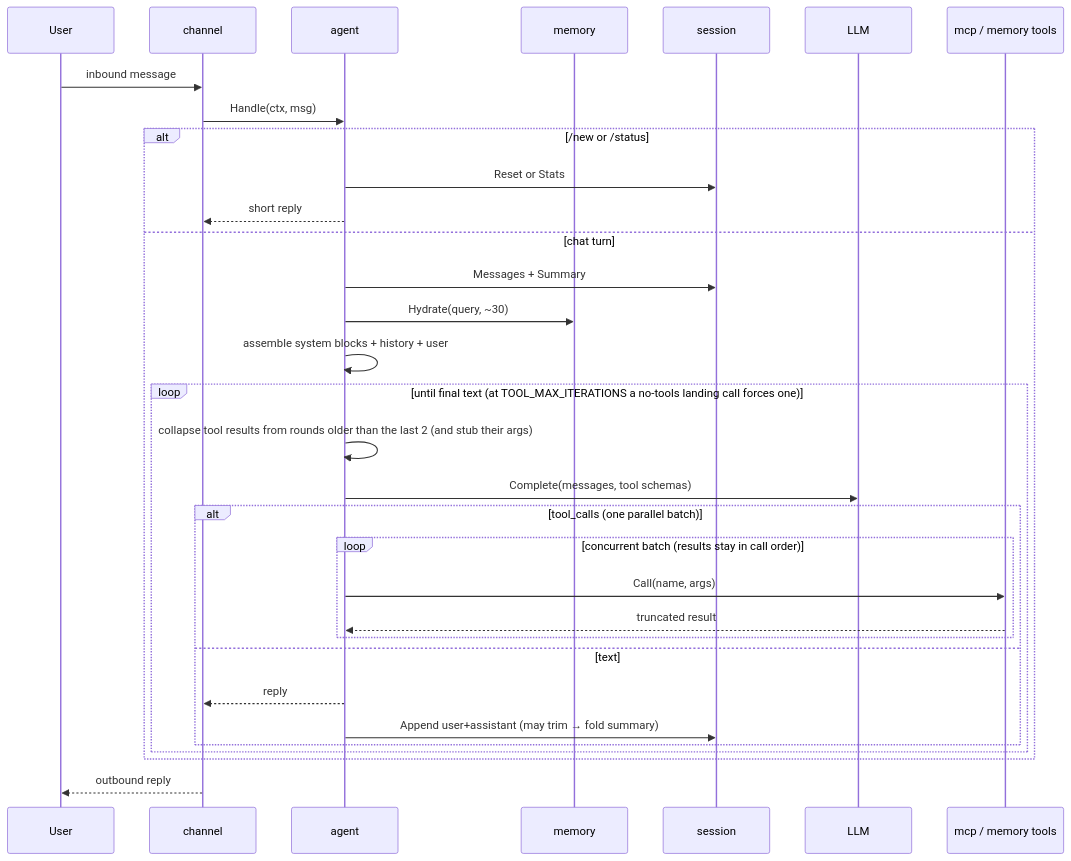
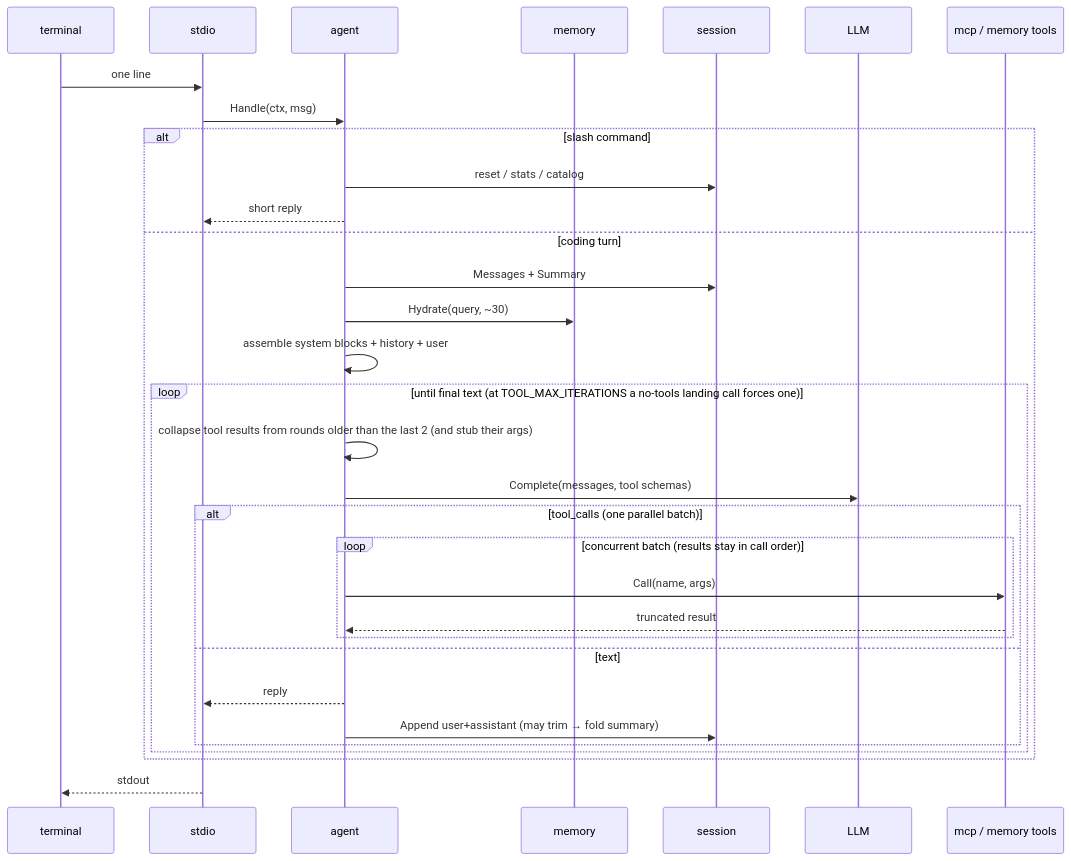
The fourth of 5 diagrams in docs/architecture.md (shotah/ai-george), drawn with Mermaid before and after one commit. The commit also changed other lines of this file and 54 other files, not shown here.

````diff
--- a/docs/architecture.md
+++ b/docs/architecture.md
@@ -136,35 +165,35 @@
 ```mermaid
 sequenceDiagram
-  participant U as User
-  participant Ch as channel
+  participant U as terminal
+  participant Ch as stdio
   participant A as agent
   participant M as memory
   participant S as session
   participant L as LLM
   participant T as mcp / memory tools
 
-  U->>Ch: inbound message
+  U->>Ch: one line
   Ch->>A: Handle(ctx, msg)
-  alt /new or /status
-    A->>S: Reset or Stats
+  alt slash command
+    A->>S: reset / stats / catalog
     A-->>Ch: short reply
-  else chat turn
+  else coding turn
     A->>S: Messages + Summary
     A->>M: Hydrate(query, ~30)
     A->>A: assemble system blocks + history + user
     loop until final text (at TOOL_MAX_ITERATIONS a no-tools landing call forces one)
       A->>A: collapse tool results from rounds older than the last 2 (and stub their args)
       A->>L: Complete(messages, tool schemas)
       alt tool_calls (one parallel batch)
         loop concurrent batch (results stay in call order)
           A->>T: Call(name, args)
           T-->>A: truncated result
         end
       else text
         A-->>Ch: reply
         A->>S: Append user+assistant (may trim → fold summary)
       end
     end
   end
-  Ch-->>U: outbound reply
+  Ch-->>U: stdout
 ```
````
